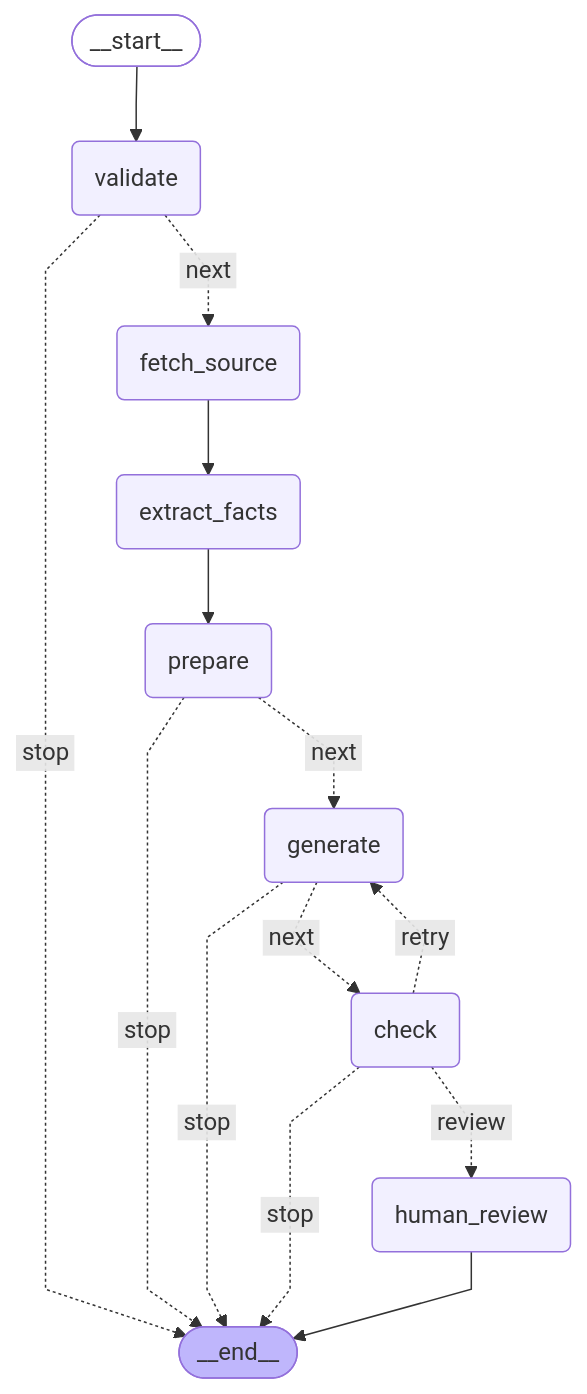
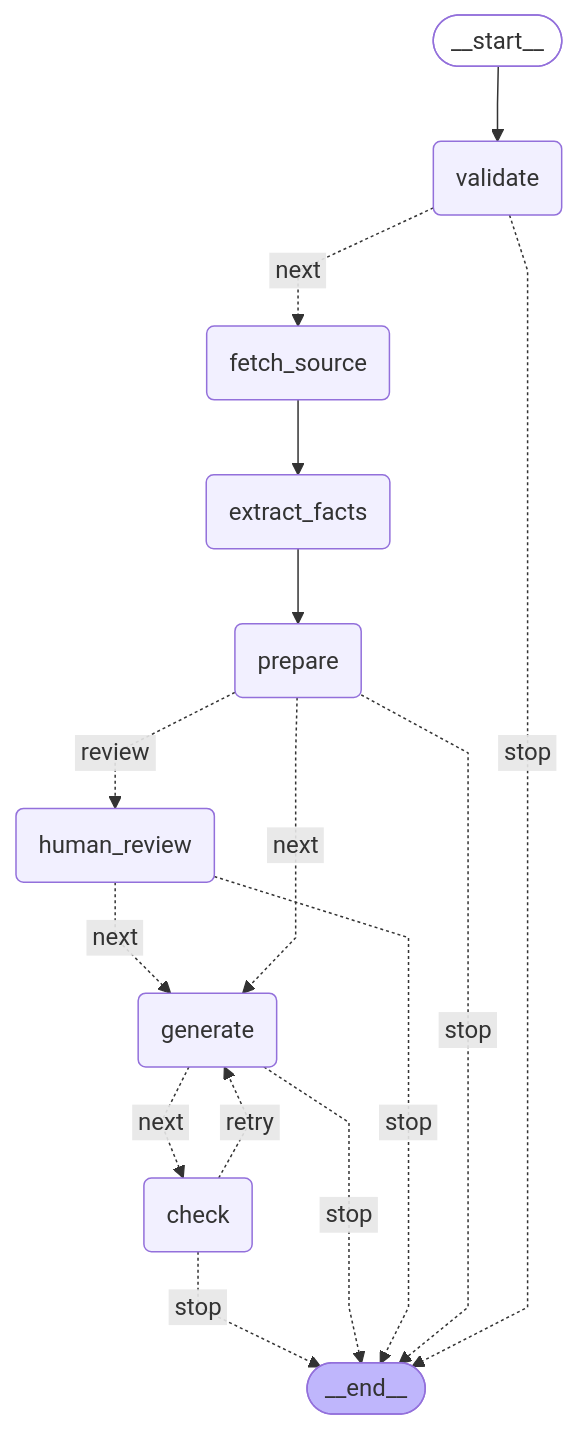
The diagram in README.md (AllPri/sp_test_assignment), drawn with Mermaid before and after one commit. The commit also changed other lines of this file and 15 other files, not shown here.

````diff
--- a/README.md
+++ b/README.md
@@ -159,33 +161,34 @@
 ```mermaid
 ---
 config:
   flowchart:
     curve: linear
 ---
 graph TD;
 	__start__([<p>__start__</p>]):::first
 	validate(validate)
 	prepare(prepare)
 	generate(generate)
 	check(check)
 	fetch_source(fetch_source)
 	extract_facts(extract_facts)
 	human_review(human_review)
 	__end__([<p>__end__</p>]):::last
 	__start__ --> validate;
 	check -. &nbsp;stop&nbsp; .-> __end__;
 	check -. &nbsp;retry&nbsp; .-> generate;
-	check -. &nbsp;review&nbsp; .-> human_review;
 	extract_facts --> prepare;
 	fetch_source --> extract_facts;
 	generate -. &nbsp;stop&nbsp; .-> __end__;
 	generate -. &nbsp;next&nbsp; .-> check;
+	human_review -. &nbsp;stop&nbsp; .-> __end__;
+	human_review -. &nbsp;next&nbsp; .-> generate;
 	prepare -. &nbsp;stop&nbsp; .-> __end__;
 	prepare -. &nbsp;next&nbsp; .-> generate;
+	prepare -. &nbsp;review&nbsp; .-> human_review;
 	validate -. &nbsp;stop&nbsp; .-> __end__;
 	validate -. &nbsp;next&nbsp; .-> fetch_source;
-	human_review --> __end__;
 	classDef default fill:#f2f0ff,line-height:1.2
 	classDef first fill-opacity:0
 	classDef last fill:#bfb6fc
 ```
````
